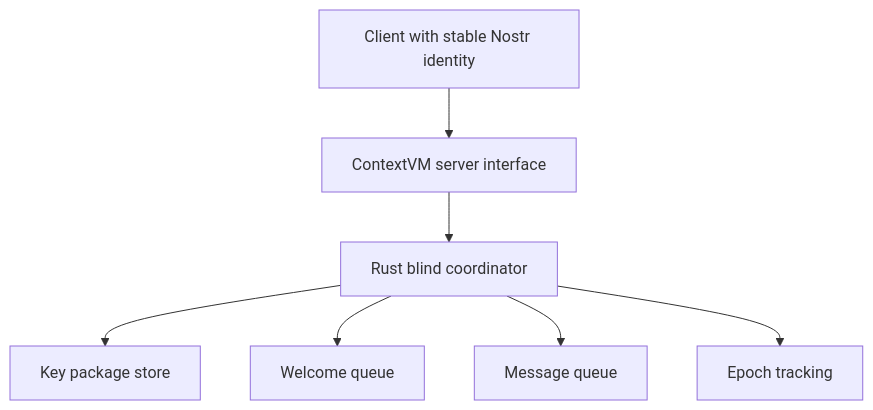
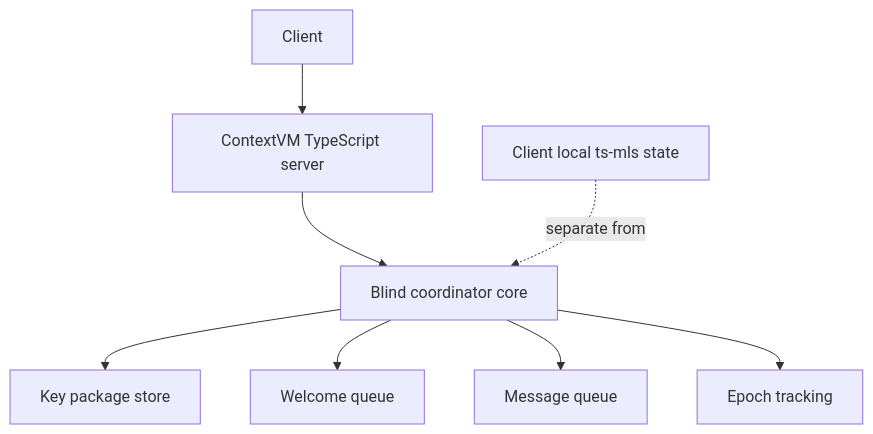
The second of 2 diagrams in plans/mls-delivery-service-mvp-design.md (Cordn-msg/cordn), drawn with Mermaid before and after one commit. The commit also changed other lines of this file and 51 other files, not shown here.

````diff
--- a/plans/mls-delivery-service-mvp-design.md
+++ b/plans/mls-delivery-service-mvp-design.md
@@ -302,9 +394,10 @@
 ```mermaid
 flowchart TD
-    A[Client with stable Nostr identity] --> B[ContextVM server interface]
-    B --> C[Rust blind coordinator]
+    A[Client] --> B[ContextVM TypeScript server]
+    B --> C[Blind coordinator core]
     C --> D[Key package store]
     C --> E[Welcome queue]
     C --> F[Message queue]
     C --> G[Epoch tracking]
+    H[Client local ts-mls state] -. separate from .-> C
 ```
````
